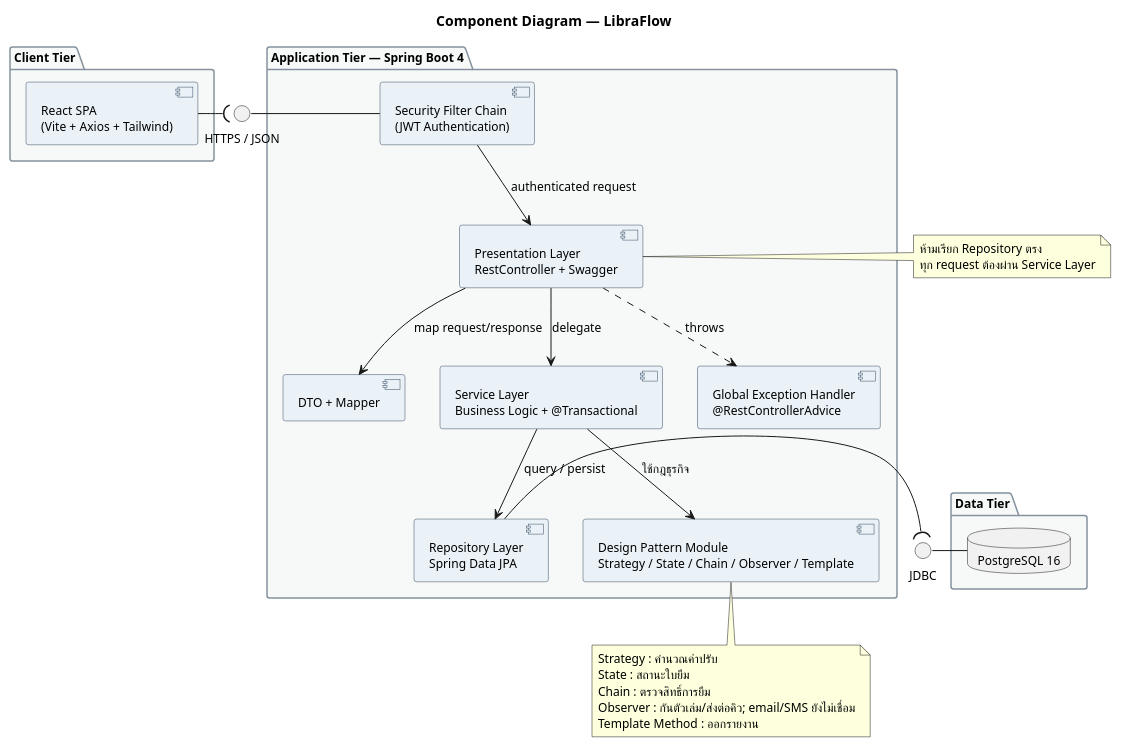
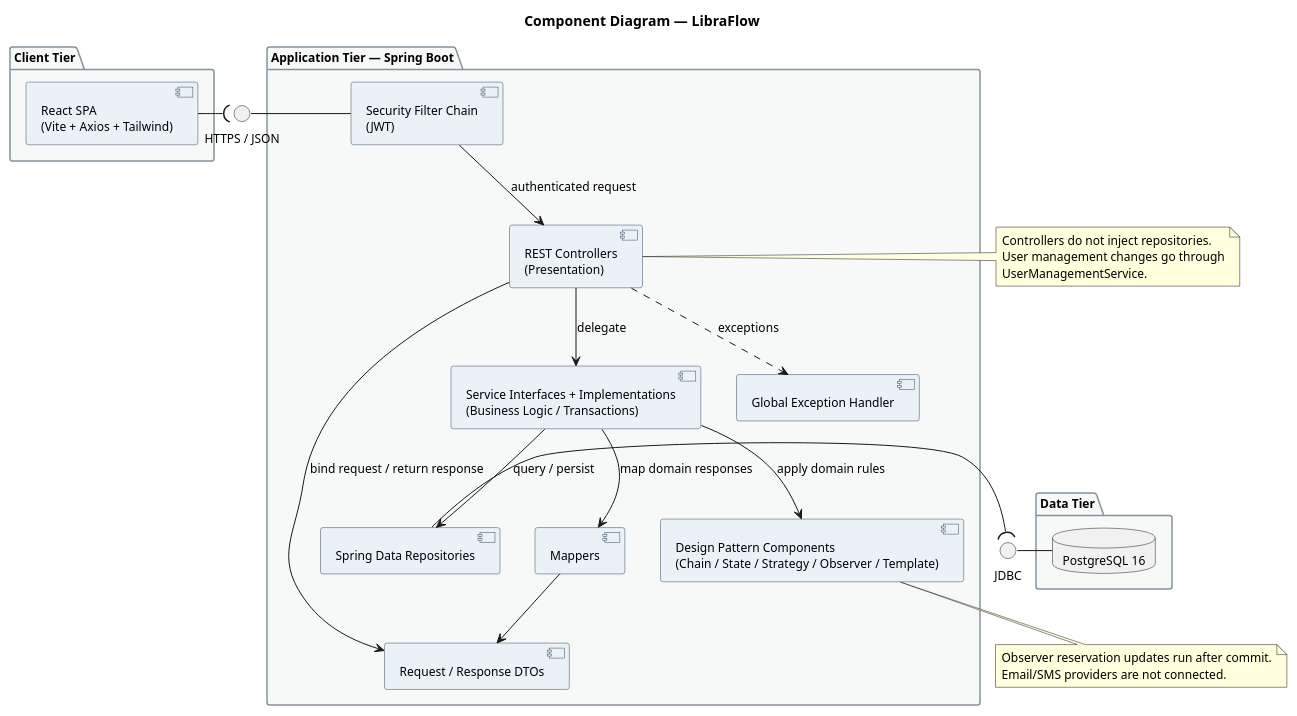
One commit to boatrocl/library_book_management changed the diagram in doc/diagrams/12-component-diagram.puml. Above: the diagram before and after it, drawn with PlantUML. The commit also changed 34 other files, not shown here.

Commit message:
docs: synchronize UML diagrams and exports

```diff
--- a/doc/diagrams/12-component-diagram.puml
+++ b/doc/diagrams/12-component-diagram.puml
@@ -1,60 +1,62 @@
 @startuml 12-component-diagram
 title Component Diagram — LibraFlow
 
 skinparam defaultFontName "Tahoma"
 skinparam defaultFontSize 12
 skinparam shadowing false
 skinparam component {
   BackgroundColor #EAF2F8
   BorderColor #34495E
 }
 skinparam package {
   BackgroundColor #F7F9F9
   BorderColor #85929E
 }
 
 package "Client Tier" {
   [React SPA\n(Vite + Axios + Tailwind)] as UI
 }
 
-package "Application Tier — Spring Boot 4" {
-  [Security Filter Chain\n(JWT Authentication)] as SEC
-  [Presentation Layer\nRestController + Swagger] as CTRL
-  [DTO + Mapper] as DTO
-  [Service Layer\nBusiness Logic + @Transactional] as SVC
-  [Design Pattern Module\nStrategy / State / Chain / Observer / Template] as PAT
-  [Repository Layer\nSpring Data JPA] as REPO
-  [Global Exception Handler\n@RestControllerAdvice] as EXC
+package "Application Tier — Spring Boot" {
+  [Security Filter Chain\n(JWT)] as SEC
+  [REST Controllers\n(Presentation)] as CTRL
+  [Request / Response DTOs] as DTO
+  [Service Interfaces + Implementations\n(Business Logic / Transactions)] as SVC
+  [Mappers] as MAP
+  [Design Pattern Components\n(Chain / State / Strategy / Observer / Template)] as PAT
+  [Spring Data Repositories] as REPO
+  [Global Exception Handler] as EXC
 }
 
 package "Data Tier" {
   database "PostgreSQL 16" as DB
 }
 
 interface "HTTPS / JSON" as API
 interface "JDBC" as JDBC
 
 UI -( API
 API - SEC
 SEC --> CTRL : authenticated request
-CTRL --> DTO : map request/response
+CTRL --> DTO : bind request / return response
 CTRL --> SVC : delegate
-CTRL ..> EXC : throws
-SVC --> PAT : ใช้กฎธุรกิจ
+SVC --> MAP : map domain responses
+MAP --> DTO
+SVC --> PAT : apply domain rules
 SVC --> REPO : query / persist
+CTRL ..> EXC : exceptions
 REPO -( JDBC
 JDBC - DB
+
 note right of CTRL
-  ห้ามเรียก Repository ตรง
-  ทุก request ต้องผ่าน Service Layer
+  Controllers do not inject repositories.
+  User management changes go through
+  UserManagementService.
 end note
 
 note bottom of PAT
-  Strategy : คำนวณค่าปรับ
-  State : สถานะใบยืม
-  Chain : ตรวจสิทธิ์การยืม
-  Observer : กันตัวเล่ม/ส่งต่อคิว; email/SMS ยังไม่เชื่อม
-  Template Method : ออกรายงาน
+  Observer reservation updates run after commit.
+  Email/SMS providers are not connected.
 end note
 
 @enduml
```
